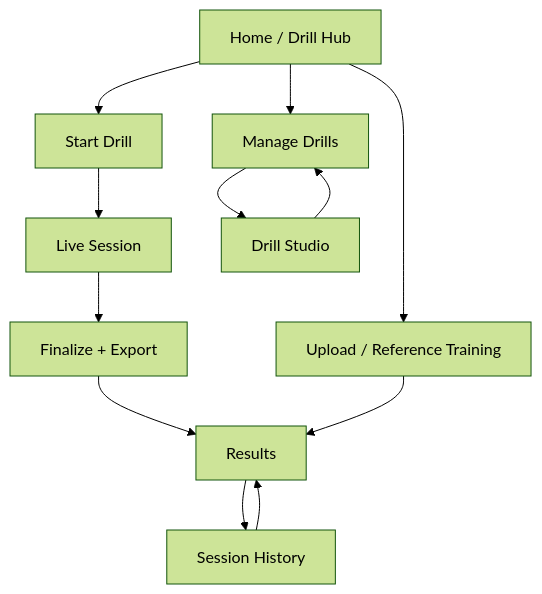
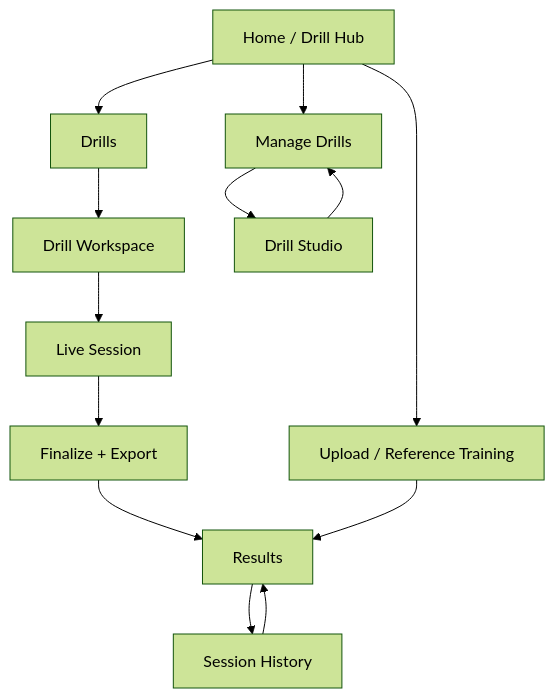
The third of 4 diagrams in README.md (Voycepeh/Handstand-App), drawn with Mermaid (forest theme) before and after one commit. The commit also changed other lines of this file and 9 other files, not shown here.

````diff
--- a/README.md
+++ b/README.md
@@ -71,19 +73,20 @@
 ```mermaid
 flowchart TD
     HOME[Home / Drill Hub]
-    START[Start Drill]
+    DRILLS[Drills]
+    WORKSPACE[Drill Workspace]
     LIVE[Live Session]
     FINALIZE[Finalize + Export]
     RESULTS[Results]
     HISTORY[Session History]
     MANAGE[Manage Drills]
     STUDIO[Drill Studio]
     UPLOAD[Upload / Reference Training]
 
-    HOME --> START --> LIVE --> FINALIZE --> RESULTS
+    HOME --> DRILLS --> WORKSPACE --> LIVE --> FINALIZE --> RESULTS
     RESULTS --> HISTORY
     HISTORY --> RESULTS
 
     HOME --> MANAGE --> STUDIO --> MANAGE
     HOME --> UPLOAD --> RESULTS
 ```
````
